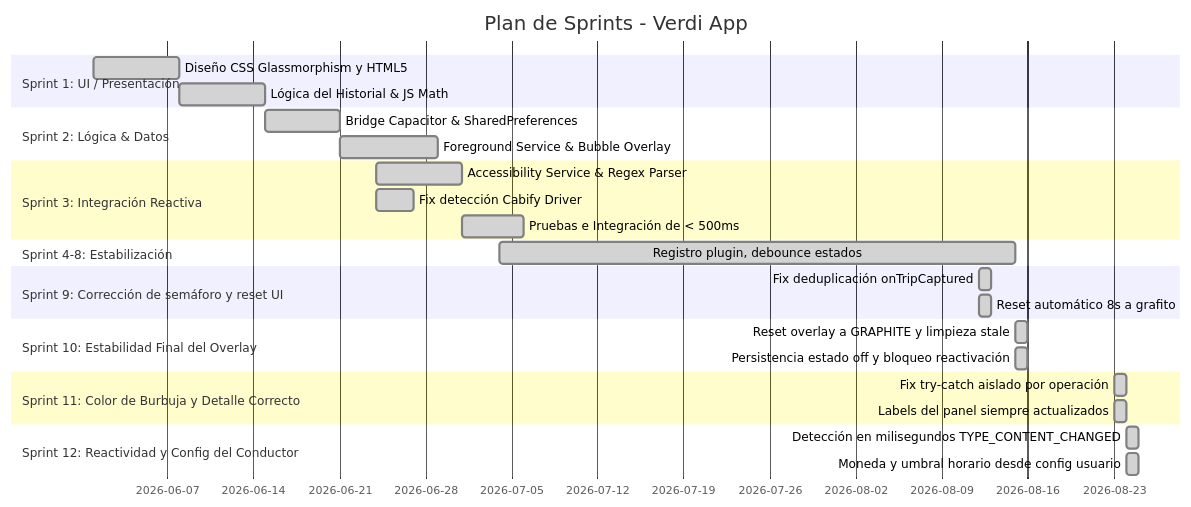
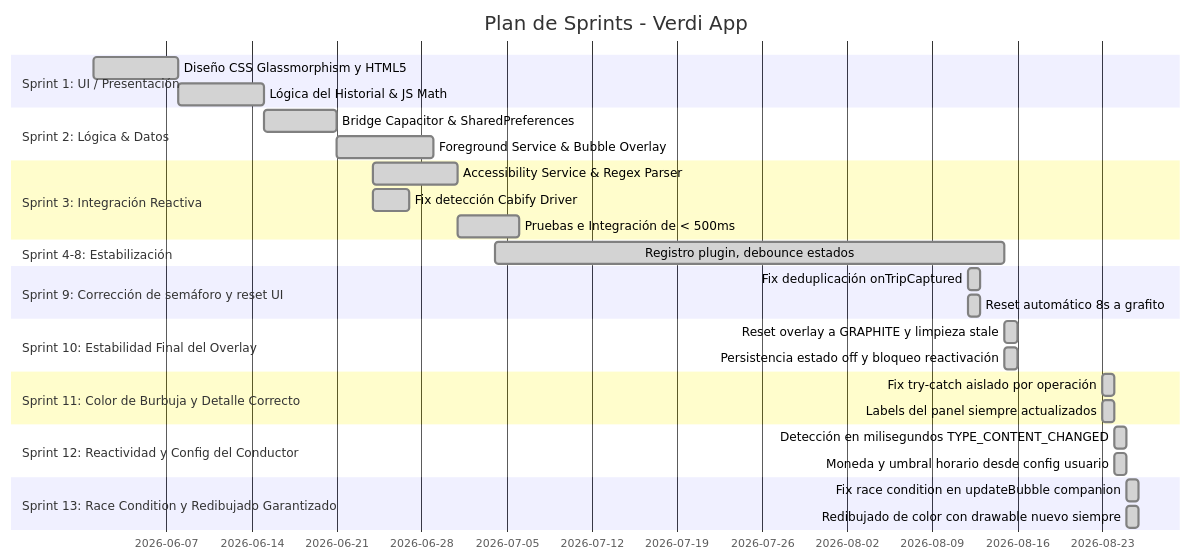
Before and after one commit to JorgeFreire95/Verdi: the second of 2 diagrams in README.md, drawn with Mermaid. The commit also changed other lines of this file, not shown here.

First line of the commit message:
Docs: actualizar README con Sprint 13 y v1.13.0

````diff
--- a/README.md
+++ b/README.md
@@ -86,29 +86,32 @@
 ```mermaid
 gantt
     title Plan de Sprints - Verdi App
     dateFormat  YYYY-MM-DD
     section Sprint 1: UI / Presentación
     Diseño CSS Glassmorphism y HTML5    :done, s1, 2026-06-01, 7d
     Lógica del Historial & JS Math      :done, s2, after s1, 7d
     section Sprint 2: Lógica & Datos
     Bridge Capacitor & SharedPreferences :done, s3, 2026-06-15, 6d
     Foreground Service & Bubble Overlay  :done, s4, after s3, 8d
     section Sprint 3: Integración Reactiva
     Accessibility Service & Regex Parser :done, s5, 2026-06-24, 7d
     Fix detección Cabify Driver          :done, s6, 2026-06-24, 3d
     Pruebas e Integración de < 500ms     :done, s7, after s5, 5d
     section Sprint 4-8: Estabilización
     Registro plugin, debounce estados    :done, s8, 2026-07-04, 42d
     section Sprint 9: Corrección de semáforo y reset UI
     Fix deduplicación onTripCaptured     :done, s9, 2026-08-12, 1d
     Reset automático 8s a grafito        :done, s10, 2026-08-12, 1d
     section Sprint 10: Estabilidad Final del Overlay
     Reset overlay a GRAPHITE y limpieza stale :done, s11, 2026-08-15, 1d
     Persistencia estado off y bloqueo reactivación :done, s12, 2026-08-15, 1d
     section Sprint 11: Color de Burbuja y Detalle Correcto
     Fix try-catch aislado por operación     :done, s13, 2026-08-23, 1d
     Labels del panel siempre actualizados   :done, s14, 2026-08-23, 1d
     section Sprint 12: Reactividad y Config del Conductor
     Detección en milisegundos TYPE_CONTENT_CHANGED :done, s15, 2026-08-24, 1d
     Moneda y umbral horario desde config usuario   :done, s16, 2026-08-24, 1d
+    section Sprint 13: Race Condition y Redibujado Garantizado
+    Fix race condition en updateBubble companion   :done, s17, 2026-08-25, 1d
+    Redibujado de color con drawable nuevo siempre :done, s18, 2026-08-25, 1d
 ```
````
